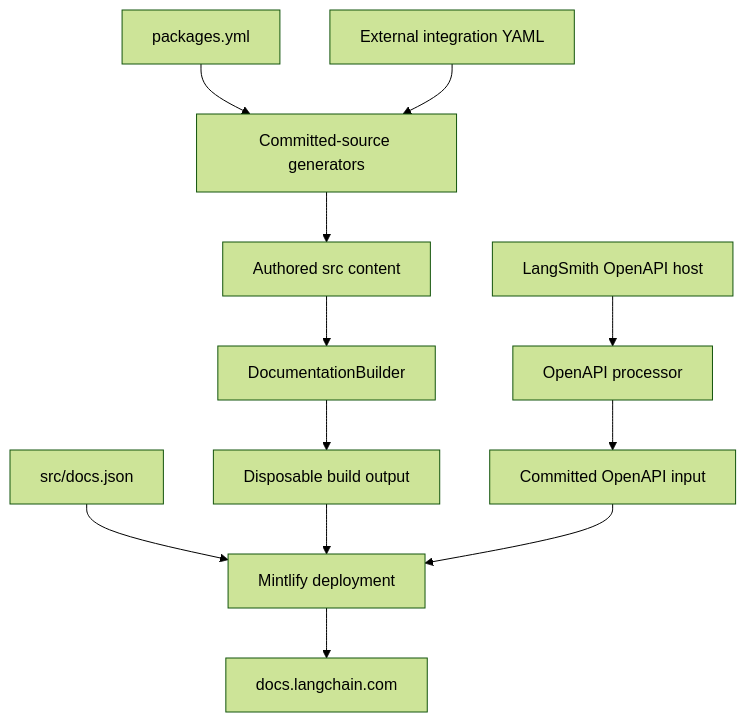
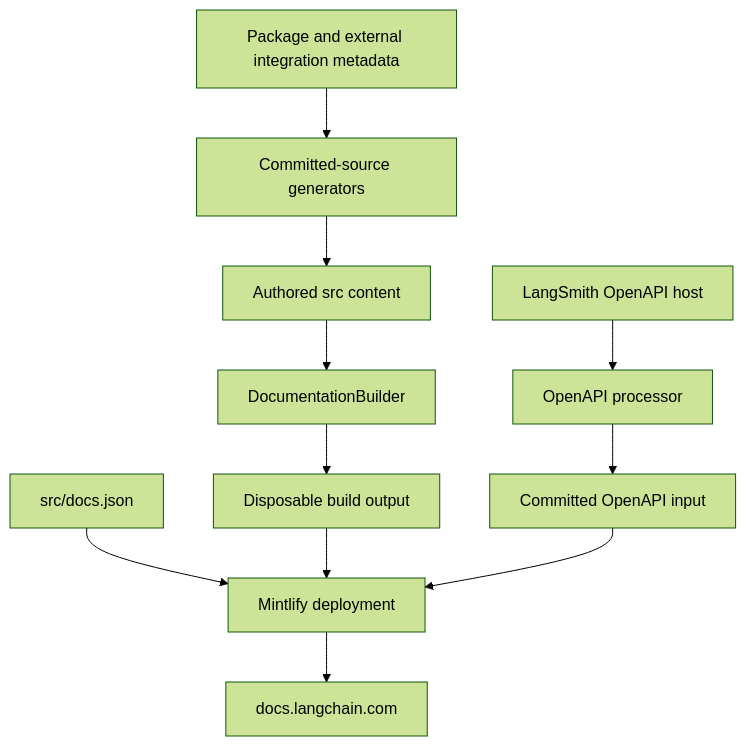
Before and after one commit to langchain-ai/docs: the diagram in openwiki/architecture/source-map.md, drawn with Mermaid (forest theme). The commit also changed other lines of this file and 15 other files, not shown here.

````diff
--- a/openwiki/architecture/source-map.md
+++ b/openwiki/architecture/source-map.md
@@ -67,14 +67,13 @@
 ```mermaid
 flowchart TD
-    Source["Authored src content"] --> Builder["DocumentationBuilder"]
-    Builder --> Build["Disposable build output"]
+    Authored["Authored src content"] --> Builder["DocumentationBuilder"]
+    Builder --> Output["Disposable build output"]
     Config["src/docs.json"] --> Mintlify["Mintlify deployment"]
-    Build --> Mintlify
+    Output --> Mintlify
     Mintlify --> Site["docs.langchain.com"]
-    Packages["packages.yml"] --> Generators["Committed-source generators"]
-    External["External integration YAML"] --> Generators
-    Generators --> Source
+    Metadata["Package and external integration metadata"] --> Generators["Committed-source generators"]
+    Generators --> Authored
     Upstream["LangSmith OpenAPI host"] --> Processor["OpenAPI processor"]
     Processor --> Spec["Committed OpenAPI input"]
     Spec --> Mintlify
 ```
````
